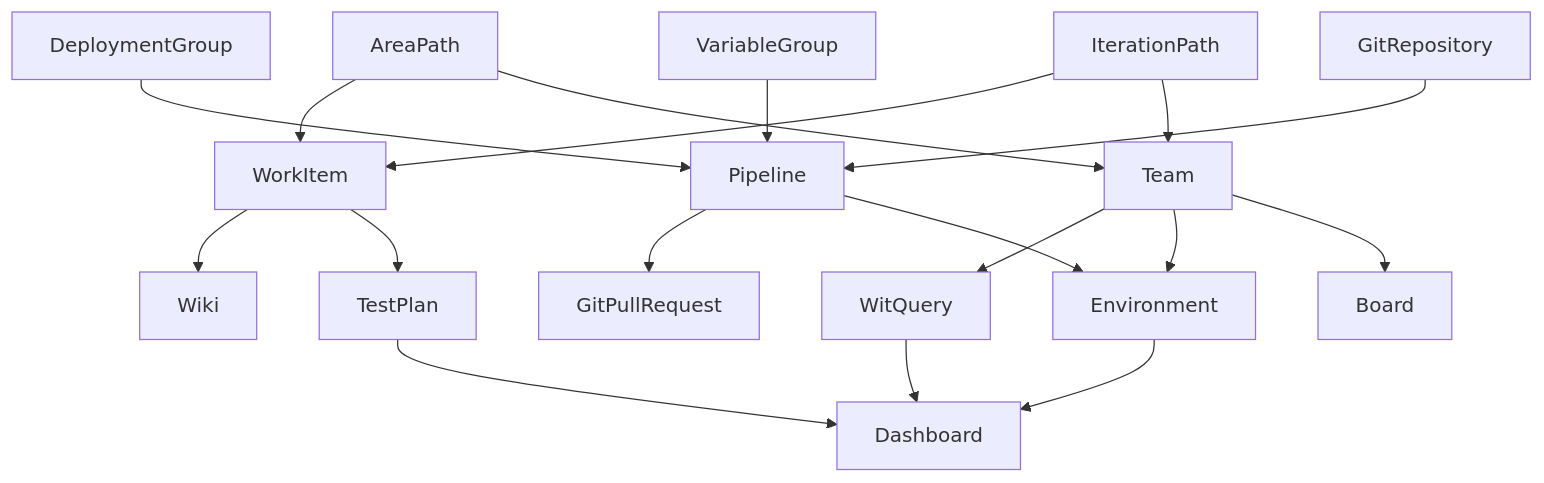
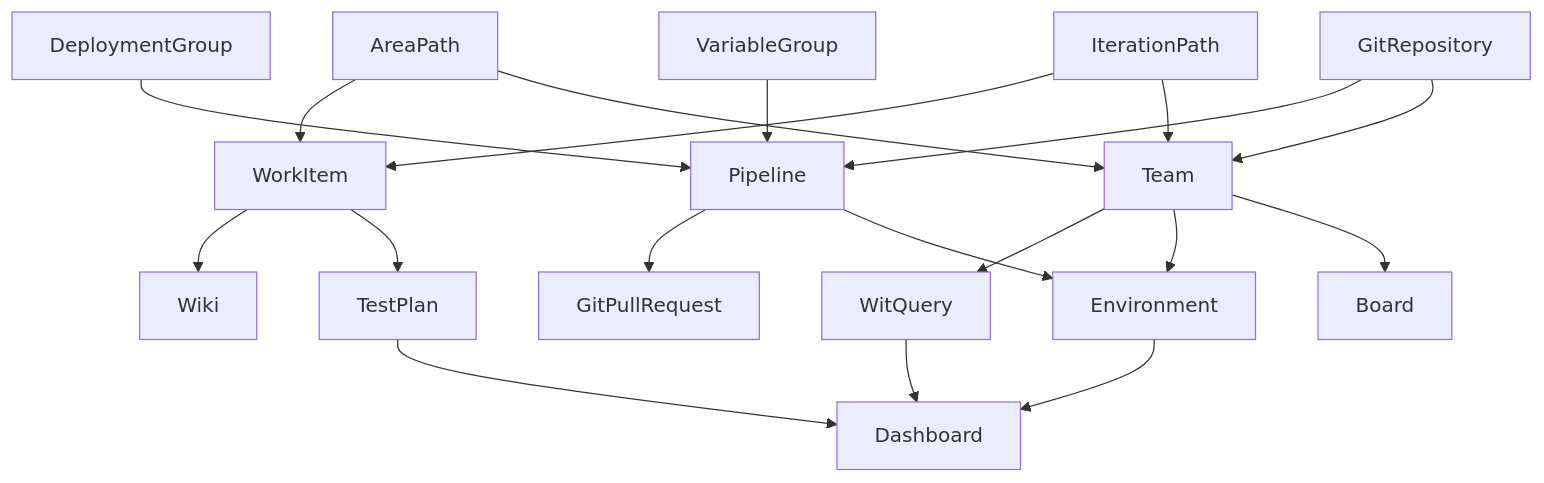
The diagram in order-of-adapter-dependencies.md (solidify/azure-devops-backup-tool-docs), drawn with Mermaid before and after one commit.

````diff
--- a/order-of-adapter-dependencies.md
+++ b/order-of-adapter-dependencies.md
@@ -11,20 +11,21 @@
 ```mermaid
 graph TD;
   DeploymentGroup-->Pipeline;
   VariableGroup-->Pipeline;
   GitRepository-->Pipeline;
   AreaPath-->WorkItem;
   IterationPath-->WorkItem;
   WorkItem-->Wiki;
   WorkItem-->TestPlan;
   AreaPath-->Team;
   IterationPath-->Team;
   Team-->WitQuery
   Pipeline-->GitPullRequest;
   Team-->Environment;
   Pipeline-->Environment;
   Team-->Board;
   Environment-->Dashboard;
   WitQuery-->Dashboard;
   TestPlan-->Dashboard;
+  GitRepository-->Team;
 ```
````
